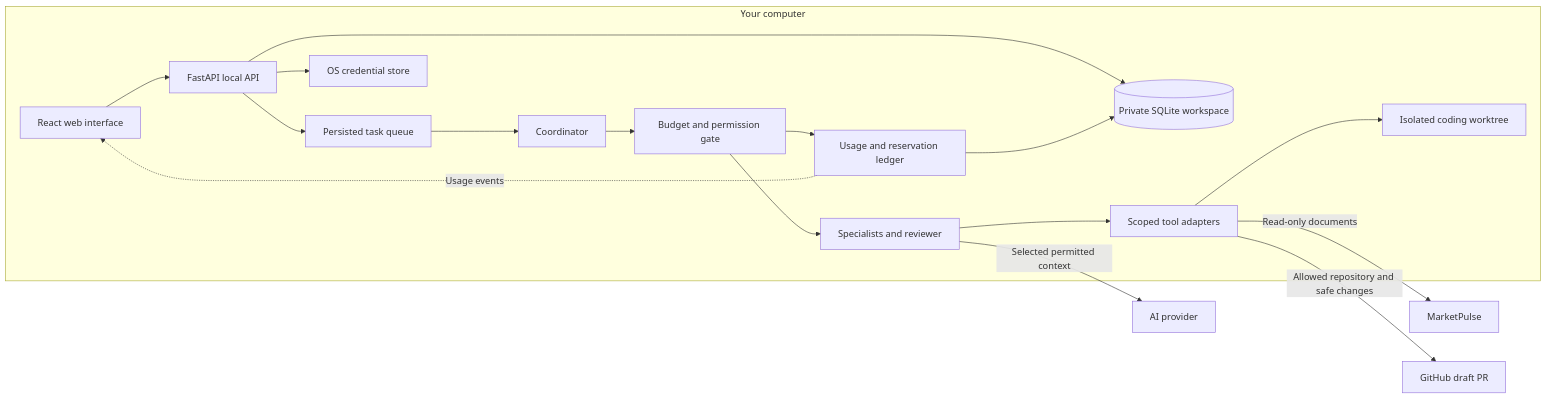
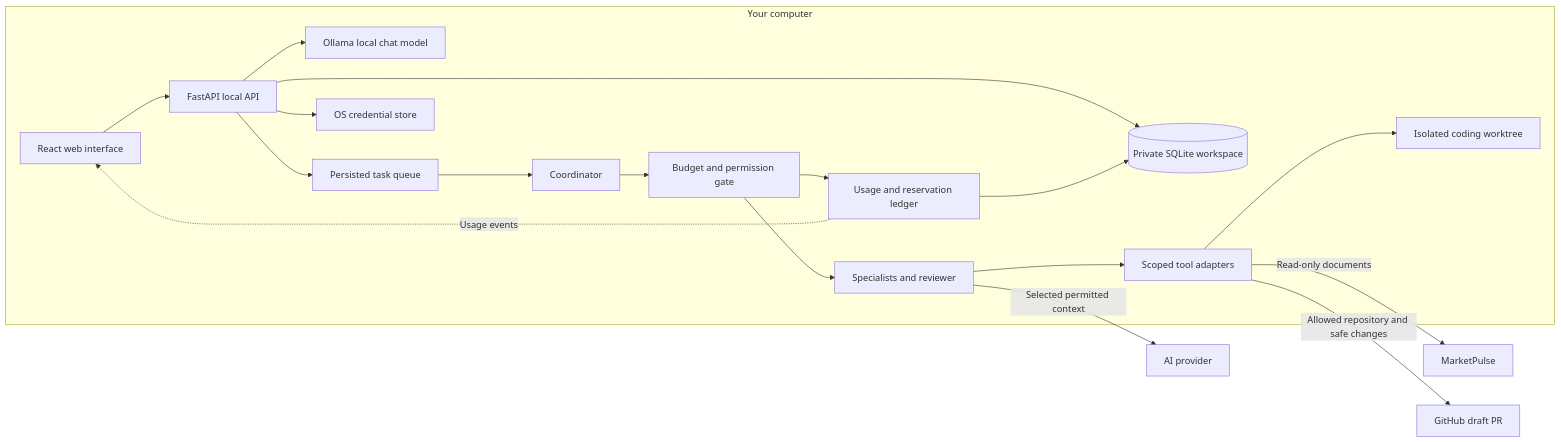
Before and after one commit to erikmalm/maestro: the first of 3 diagrams in docs/ARCHITECTURE.md, drawn with Mermaid. The commit also changed other lines of this file and 10 other files, not shown here.

Commit message:
Add key-free local Ollama chat with token accounting

````diff
--- a/docs/ARCHITECTURE.md
+++ b/docs/ARCHITECTURE.md
@@ -13,31 +13,33 @@
 ```mermaid
 flowchart LR
     subgraph Computer[Your computer]
         UI[React web interface]
         API[FastAPI local API]
+        LocalModel[Ollama local chat model]
         Queue[Persisted task queue]
         Coordinator[Coordinator]
         Gate[Budget and permission gate]
         Specialists[Specialists and reviewer]
         Ledger[Usage and reservation ledger]
         DB[(Private SQLite workspace)]
         Keys[OS credential store]
         Tools[Scoped tool adapters]
         Worktree[Isolated coding worktree]
         UI --> API
+        API --> LocalModel
         API --> DB
         API --> Queue
         Queue --> Coordinator
         Coordinator --> Gate
         Gate --> Specialists
         Gate --> Ledger
         Ledger --> DB
         Specialists --> Tools
         Tools --> Worktree
         API --> Keys
     end
     Specialists -->|Selected permitted context| Provider[AI provider]
     Tools -->|Read-only documents| MarketPulse[MarketPulse]
     Tools -->|Allowed repository and safe changes| GitHub[GitHub draft PR]
     Ledger -. Usage events .-> UI
 ```
````
